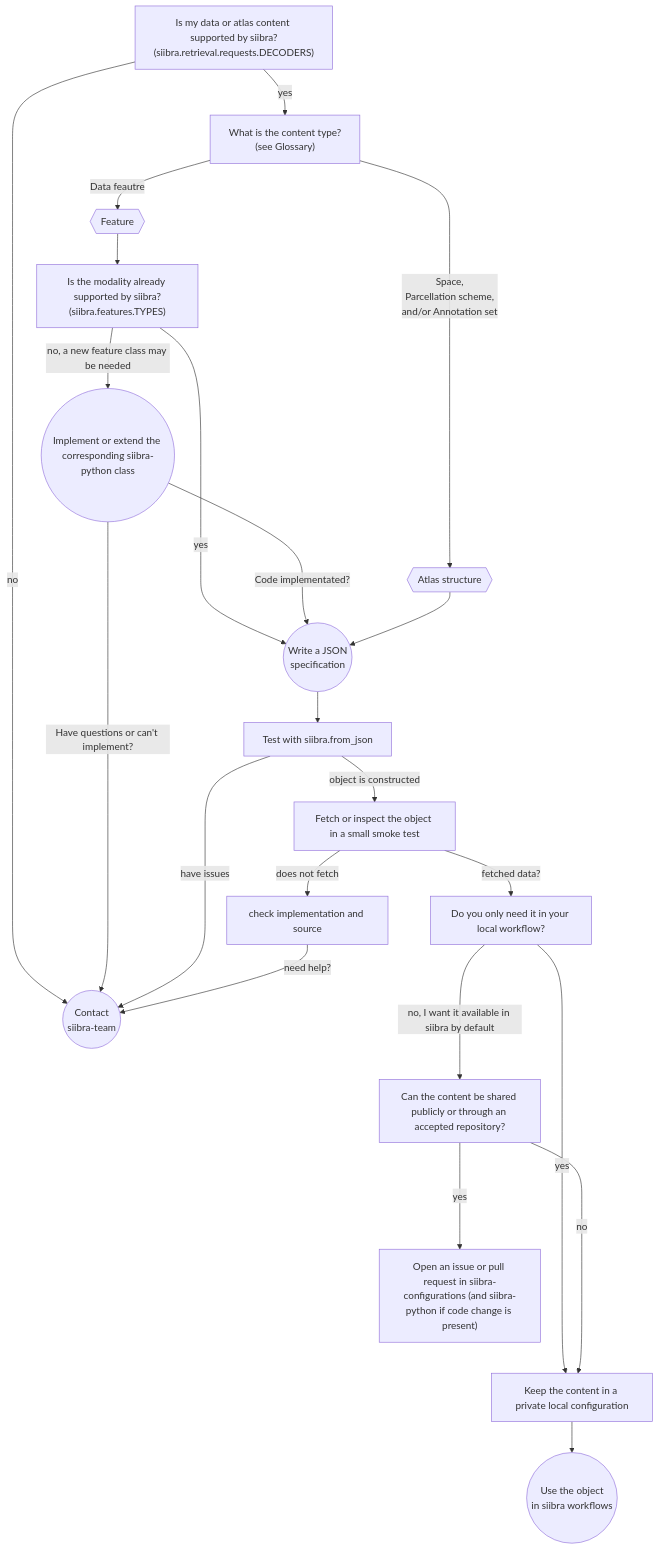
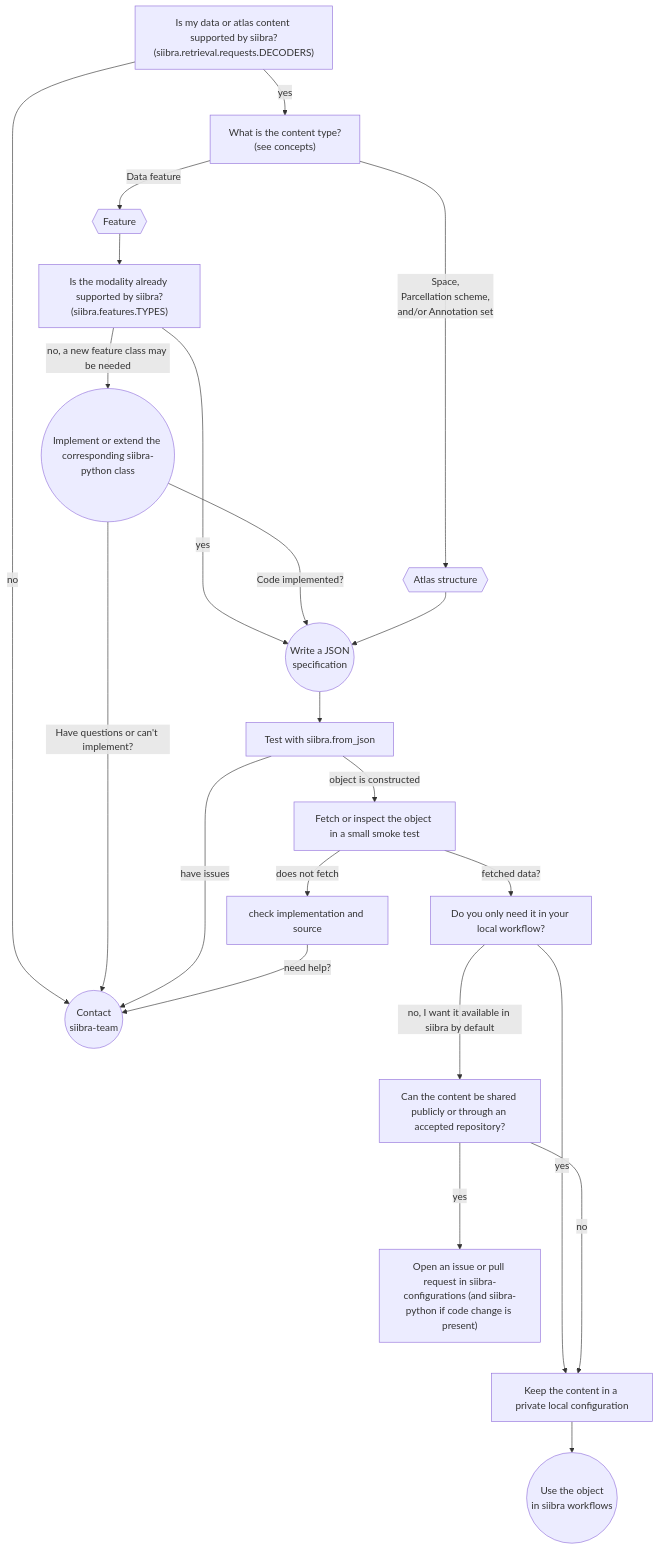
The diagram in docs/create_preconfiguration.md (FZJ-INM1-BDA/siibra-python), drawn with Mermaid before and after one commit. The commit also changed other lines of this file and 11 other files, not shown here.

````diff
--- a/docs/create_preconfiguration.md
+++ b/docs/create_preconfiguration.md
@@ -52,30 +52,30 @@
 ```{mermaid}
 flowchart TD
   start["Is my data or atlas content supported by siibra?<br>(siibra.retrieval.requests.DECODERS)"]
-  start -- "yes" --> contenttype["What is the content type?<br> (see Glossary)"]
+  start -- "yes" --> contenttype["What is the content type?<br> (see concepts)"]
   start -- "no" --> contact(("Contact<br>siibra-team"))
-  contenttype -- "Data feautre" --> feature{{"Feature"}}
+  contenttype -- "Data feature" --> feature{{"Feature"}}
   contenttype -- "Space,<br>Parcellation scheme,<br> and/or Annotation set" --> atlasstructure{{"Atlas structure"}}
   feature --> supported["Is the modality already supported by siibra?<br>(siibra.features.TYPES)"]
   supported -- "yes" --> writejson(("Write a JSON<br>specification"))
   supported -- "no, a new feature class may be needed" --> codechange(("Implement or extend the corresponding siibra-python class"))
-  codechange -- "Code implementated?" ---> writejson
+  codechange -- "Code implemented?" ---> writejson
   atlasstructure --> writejson
   codechange -- "Have questions or can't implement?" --> contact
 
   writejson --> fromjson["Test with siibra.from_json"]
   fromjson -- "object is constructed" --> fetchtest["Fetch or inspect the object in a small smoke test"]
   fromjson -- "have issues" --> contact
   fetchtest -- "does not fetch" --> check["check implementation and source"] -- "need help?" --> contact
 
   fetchtest -- "fetched data?" --> local["Do you only need it in your local workflow?"]
 
   local -- "yes" --> private["Keep the content in a private local configuration"]
   private --> workflow(("Use the object<br>in siibra workflows"))
 
   local -- "no, I want it available in siibra by default" ---> public["Can the content be shared publicly or through an accepted repository?"]
 
   public -- "yes" ---> issue["Open an issue or pull request in siibra-configurations (and siibra-python if code change is present)"]
 
   public -- "no" ----> private
 ```
````
